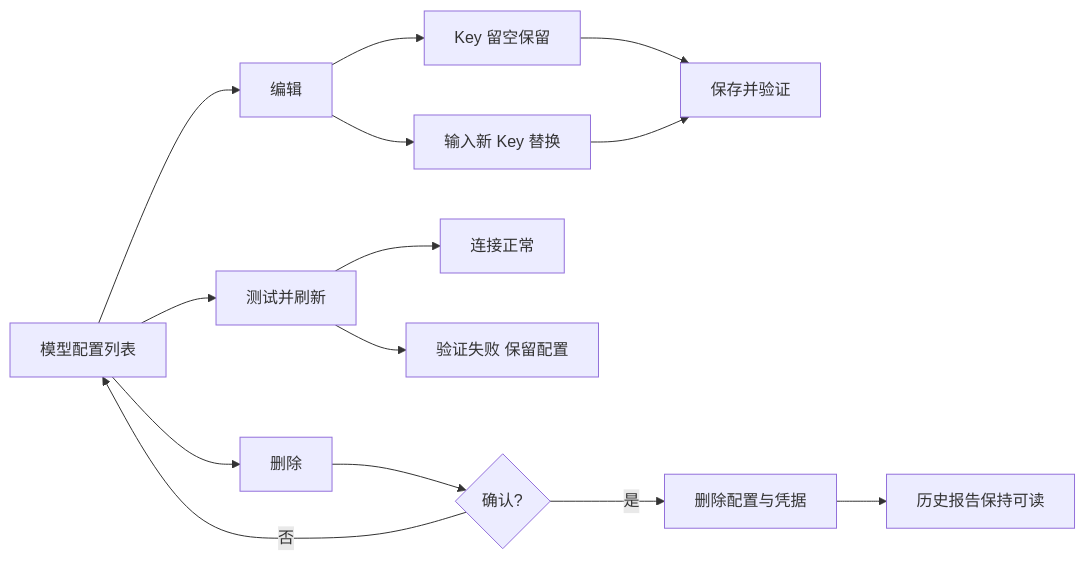
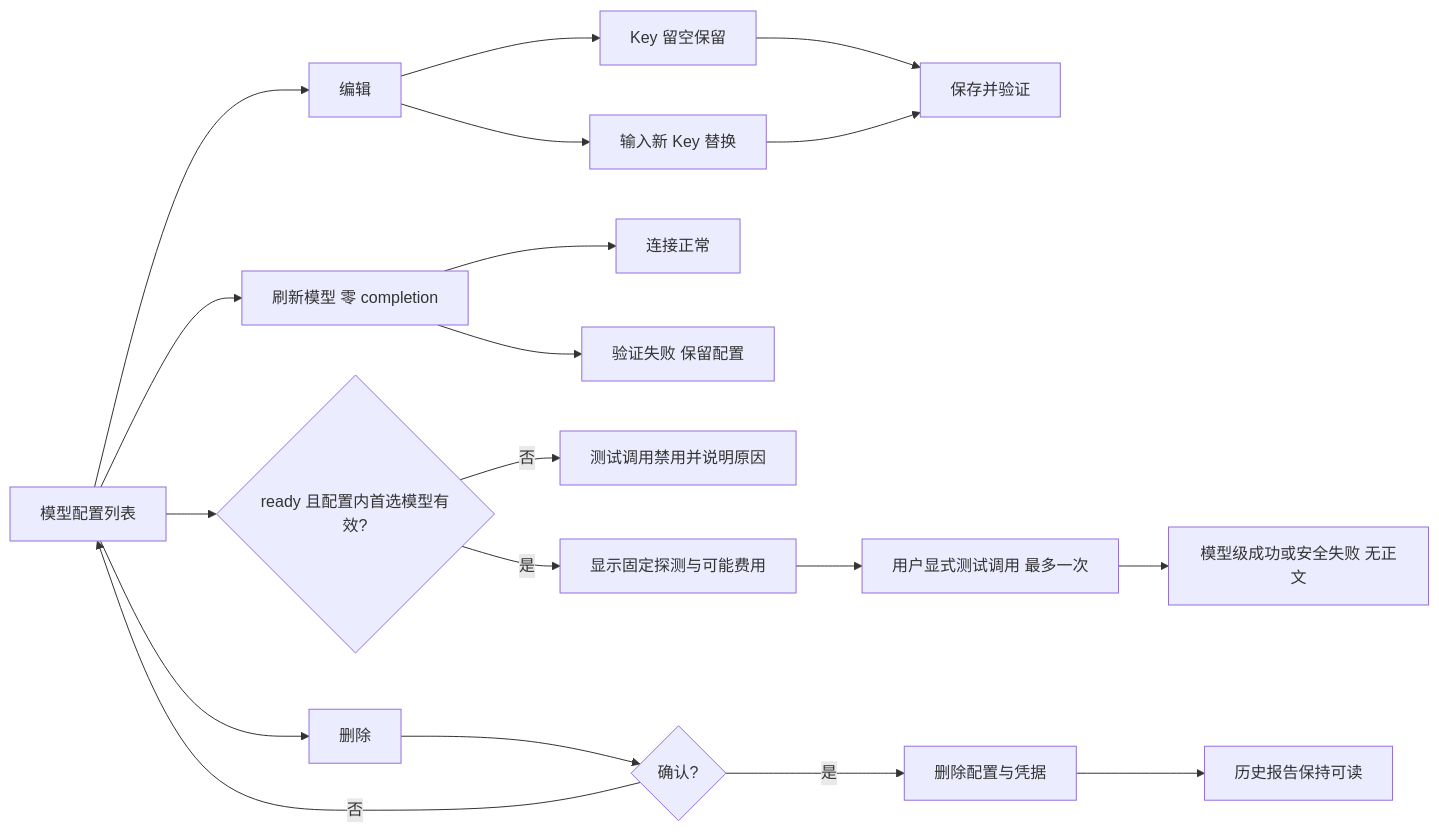
Before and after one commit to wzhic/material: the second of 5 diagrams in docs/requirements/模型管理与自定义模型-REQ-0006/模型管理与自定义模型-REQ-0006-v1.0.md, drawn with Mermaid. The commit also changed other lines of this file and 15 other files, not shown here.

````diff
--- a/docs/requirements/模型管理与自定义模型-REQ-0006/模型管理与自定义模型-REQ-0006-v1.0.md
+++ b/docs/requirements/模型管理与自定义模型-REQ-0006/模型管理与自定义模型-REQ-0006-v1.0.md
@@ -412,16 +451,21 @@
 ```mermaid
 flowchart LR
     LIST[模型配置列表] --> EDIT[编辑]
     EDIT --> KEEP[Key 留空保留]
     EDIT --> REPLACE[输入新 Key 替换]
     KEEP --> VALIDATE[保存并验证]
     REPLACE --> VALIDATE
-    LIST --> REFRESH[测试并刷新]
+    LIST --> REFRESH[刷新模型 零 completion]
     REFRESH --> OK[连接正常]
     REFRESH --> FAIL[验证失败 保留配置]
+    LIST --> TEST{ready 且配置内首选模型有效?}
+    TEST -- 否 --> DISABLED[测试调用禁用并说明原因]
+    TEST -- 是 --> NOTICE[显示固定探测与可能费用]
+    NOTICE --> CALL[用户显式测试调用 最多一次]
+    CALL --> RESULT[模型级成功或安全失败 无正文]
     LIST --> DELETE[删除]
     DELETE --> CONFIRM{确认?}
     CONFIRM -- 否 --> LIST
     CONFIRM -- 是 --> REMOVE[删除配置与凭据]
     REMOVE --> HISTORY[历史报告保持可读]
 ```
````
